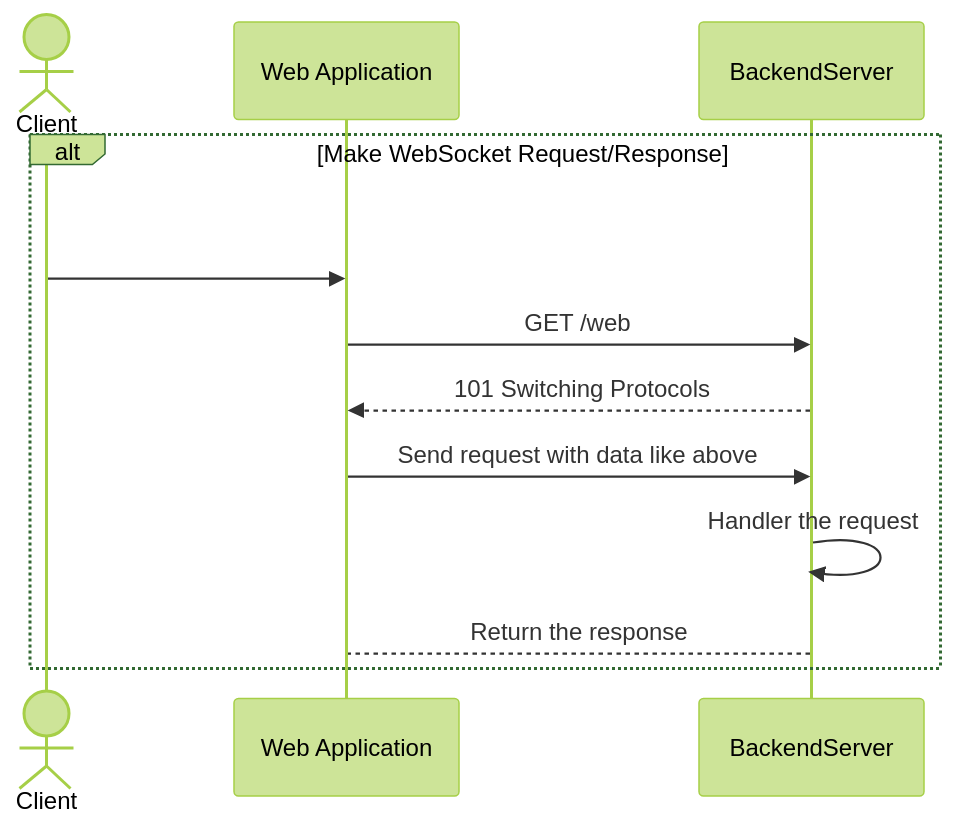
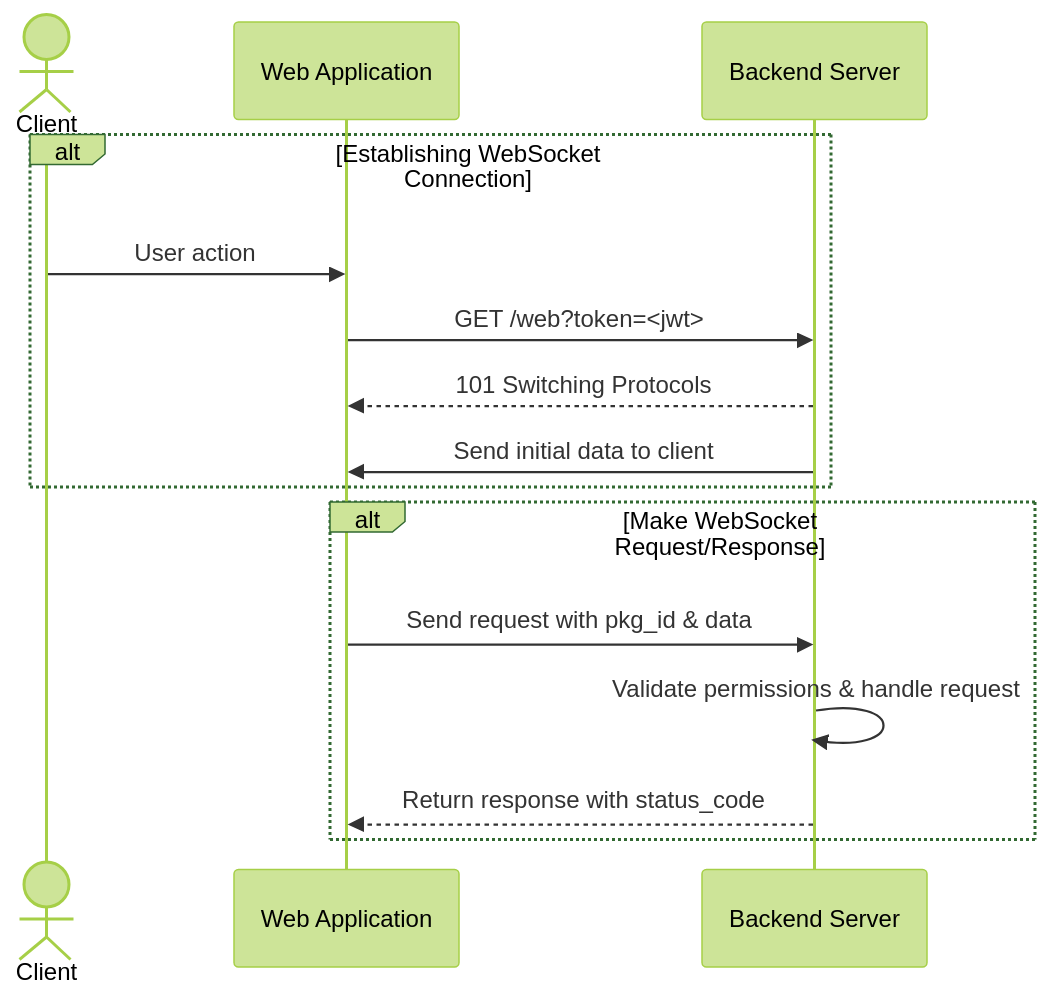
One commit to acikabubo/fastapi-http-websocket changed the diagram in README.md. Above: the diagram before and after it, drawn with Mermaid (forest theme). The commit also changed other lines of this file and 1 other file, not shown here.

````diff
--- a/README.md
+++ b/README.md
@@ -410,15 +256,19 @@
 ```mermaid
 sequenceDiagram
     actor C as Client
     participant WA as Web Application
-    participant S as BackendServer
+    participant S as Backend Server
+
+    alt Establishing WebSocket Connection
+        C->>WA: User action
+        WA->>S: GET /web?token=<jwt>
+        S-->>WA: 101 Switching Protocols
+        S->>WA: Send initial data to client
+    end
 
     alt Make WebSocket Request/Response
-        C->>WA: <br/>
-        WA->>S: GET /web
-        S-->>WA: 101 Switching Protocols
-        WA->>S: Send request with data like above
-        S->>S: Handler the request
-        S-->WA: Return the response
+        WA->>S: Send request with pkg_id & data
+        S->>S: Validate permissions & handle request
+        S-->>WA: Return response with status_code
     end
 ```
````
